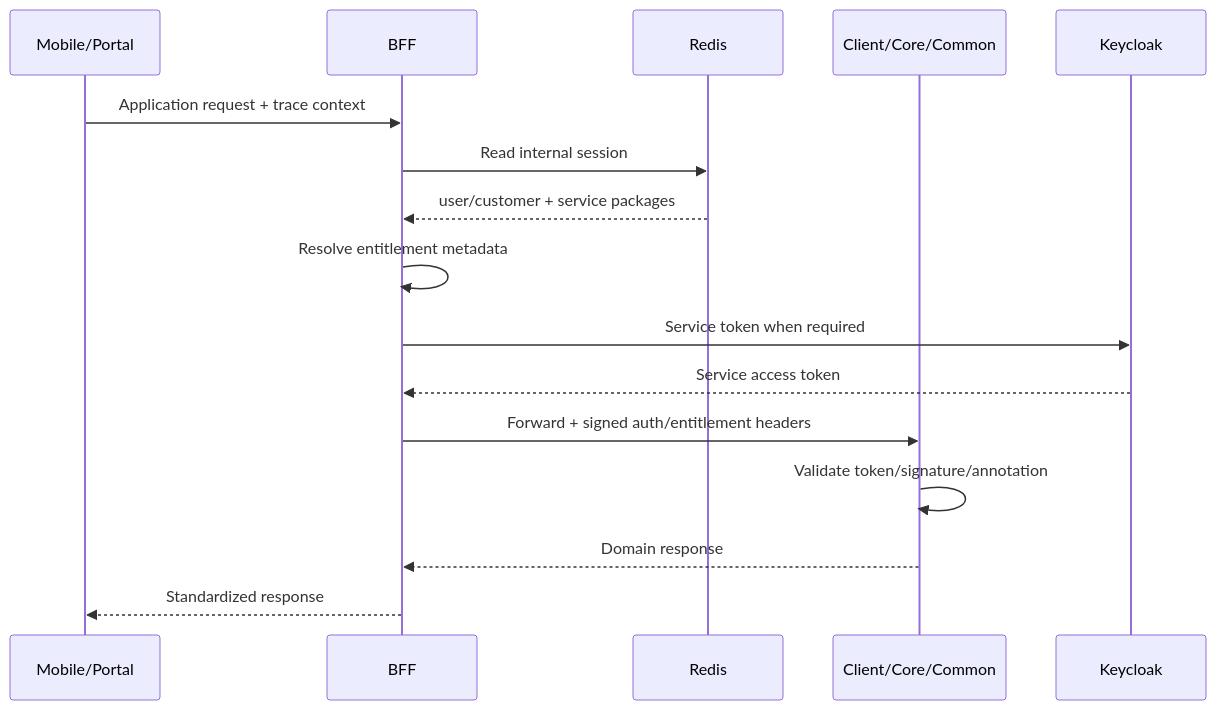
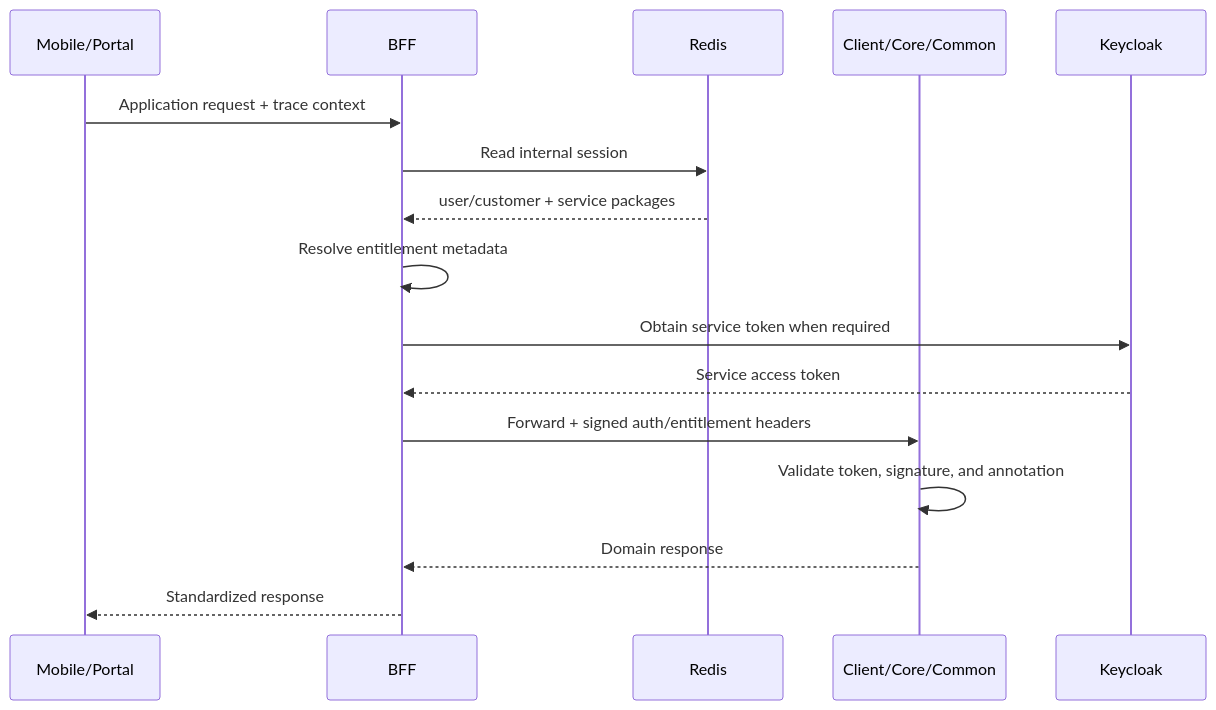
The second of 4 diagrams in README.md (chinhlason/openbanking), drawn with Mermaid before and after one commit. The commit also changed other lines of this file and 2 other files, not shown here.

````diff
--- a/README.md
+++ b/README.md
@@ -119,19 +122,19 @@
 ```mermaid
 sequenceDiagram
     participant App as Mobile/Portal
     participant BFF
     participant Redis
     participant Domain as Client/Core/Common
     participant KC as Keycloak
 
     App->>BFF: Application request + trace context
     BFF->>Redis: Read internal session
     Redis-->>BFF: user/customer + service packages
     BFF->>BFF: Resolve entitlement metadata
-    BFF->>KC: Service token when required
+    BFF->>KC: Obtain service token when required
     KC-->>BFF: Service access token
     BFF->>Domain: Forward + signed auth/entitlement headers
-    Domain->>Domain: Validate token/signature/annotation
+    Domain->>Domain: Validate token, signature, and annotation
     Domain-->>BFF: Domain response
     BFF-->>App: Standardized response
 ```
````
